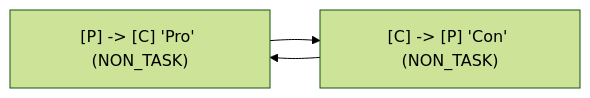
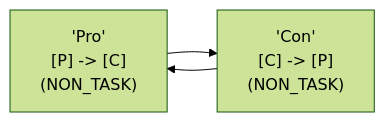
One commit to obsidian-tasks-group/obsidian-tasks changed the third of 3 diagrams in docs/Getting Started/Recurring Tasks.md. Above: the diagram before and after it, drawn with Mermaid (forest theme). The commit also changed other lines of this file, not shown here.

Commit message:
docs: Make the detailed Mermaid diagrams take less width

````diff
--- a/docs/Getting Started/Recurring Tasks.md
+++ b/docs/Getting Started/Recurring Tasks.md
@@ -203,7 +203,7 @@
 ```mermaid
 flowchart LR
-1["[P] -> [C] 'Pro' (NON_TASK)"]
-2["[C] -> [P] 'Con' (NON_TASK)"]
+1["'Pro'<br>[P] -> [C]<br>(NON_TASK)"]
+2["'Con'<br>[C] -> [P]<br>(NON_TASK)"]
 1 --> 2
 2 --> 1
 ```
````
